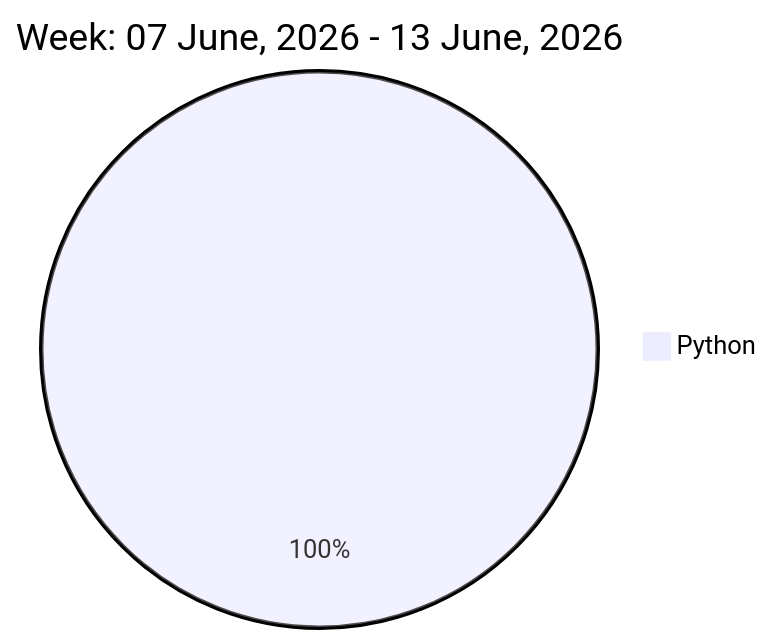
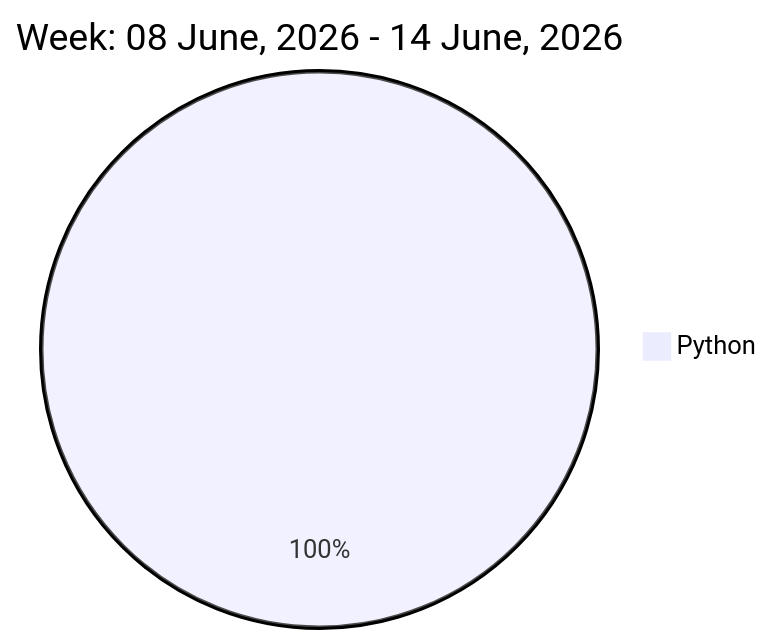
One commit to liubin95/liubin95 changed the diagram in README.md. Above: the diagram before and after it, drawn with Mermaid.

Commit message:
Updated the Graph with new Metrics

````diff
--- a/README.md
+++ b/README.md
@@ -32,5 +32,5 @@
 ```mermaid
  pie
-title Week: 07 June, 2026 - 13 June, 2026
+title Week: 08 June, 2026 - 14 June, 2026
  "Python" : 9.65
 ```
````
